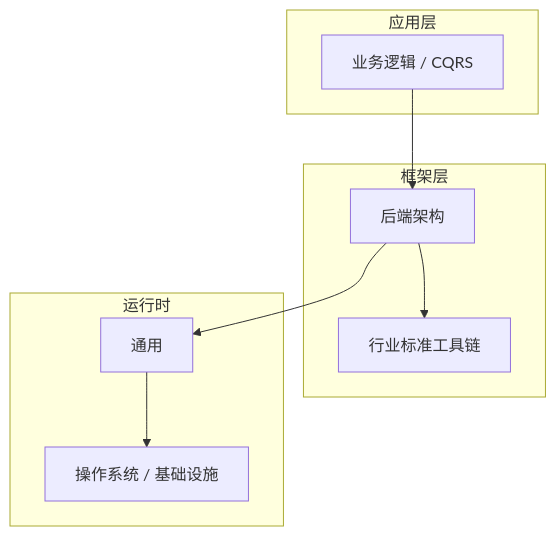
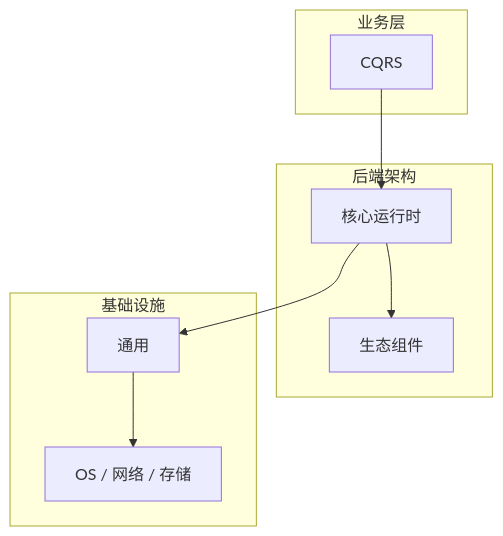
The diagram in articles/后端架构/chapters/044-CQRS核心概念与原理.md (yanggan2015/knowledge-json-v2), drawn with Mermaid before and after one commit. The commit also changed other lines of this file and 10127 other files, not shown here.

````diff
--- a/articles/后端架构/chapters/044-CQRS核心概念与原理.md
+++ b/articles/后端架构/chapters/044-CQRS核心概念与原理.md
@@ -45,18 +34,18 @@
 ```mermaid
 graph TB
-    subgraph 应用层
-        A[业务逻辑 / CQRS]
+    subgraph 业务层
+        A[CQRS]
     end
-    subgraph 框架层
-        B[后端架构]
-        C[行业标准工具链]
+    subgraph 后端架构
+        B[核心运行时]
+        C[生态组件]
     end
-    subgraph 运行时
+    subgraph 基础设施
         D[通用]
-        E[操作系统 / 基础设施]
+        E[OS / 网络 / 存储]
     end
     A --> B
     B --> C
     B --> D
     D --> E
 ```
````
